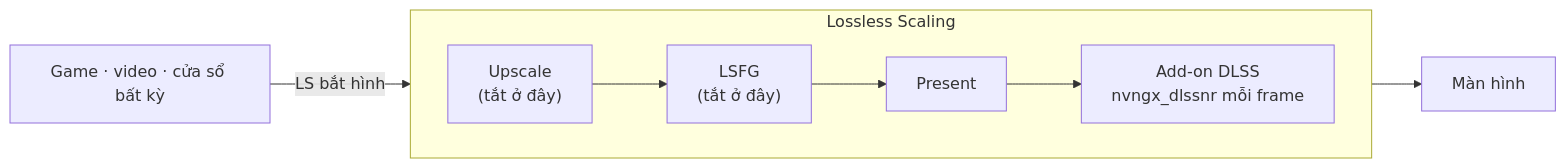
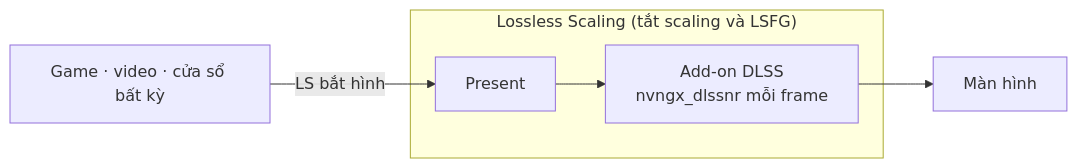
The diagram in README.vi.md (Won-Cafe/dlss5-anywhere), drawn with Mermaid before and after one commit. The commit also changed other lines of this file and 3 other files, not shown here.

````diff
--- a/README.vi.md
+++ b/README.vi.md
@@ -208,10 +188,8 @@
 ```mermaid
 flowchart LR
-    SRC["Game · video · cửa sổ bất kỳ"] -->|"LS bắt hình"| UP
-    subgraph LS["Lossless Scaling"]
-        direction LR
-        UP["Upscale<br/>(tắt ở đây)"] --> FG["LSFG<br/>(tắt ở đây)"] --> PR["Present"]
-        PR --> NR["Add-on DLSS<br/>nvngx_dlssnr mỗi frame"]
+    SRC["Game · video · cửa sổ bất kỳ"] -->|"LS bắt hình"| PR
+    subgraph LS["Lossless Scaling (tắt scaling và LSFG)"]
+        PR["Present"] --> NR["Add-on DLSS<br/>nvngx_dlssnr mỗi frame"]
     end
     NR --> OUT["Màn hình"]
 ```
````
